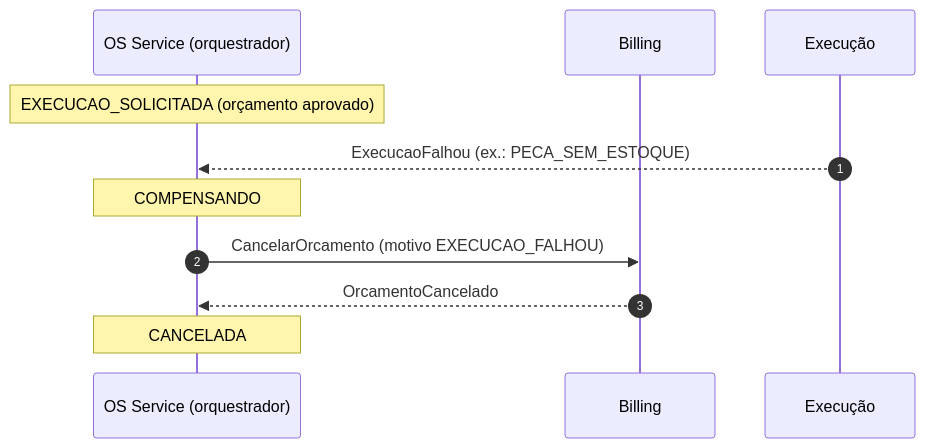
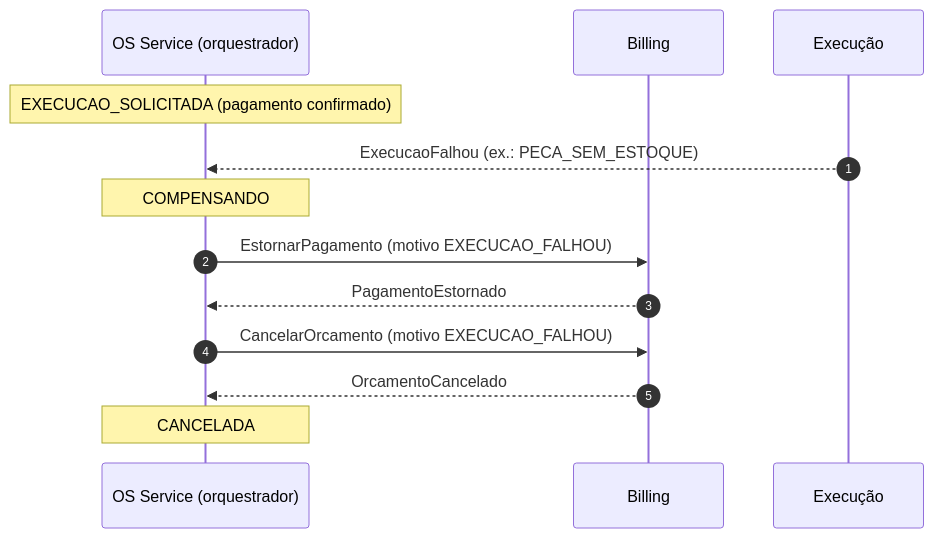
One commit to helyomendesdev/tech-challenge-oficina-saga changed the second of 5 diagrams in docs/fluxo-saga.md. Above: the diagram before and after it, drawn with Mermaid. The commit also changed other lines of this file and 26 other files, not shown here.

First line of the commit message:
Pagamento como passo proprio da Saga, antes da execucao

````diff
--- a/docs/fluxo-saga.md
+++ b/docs/fluxo-saga.md
@@ -35,14 +38,16 @@
 ```mermaid
 sequenceDiagram
     autonumber
     participant OS as OS Service (orquestrador)
     participant BIL as Billing
     participant EXE as Execução
 
-    Note over OS: EXECUCAO_SOLICITADA (orçamento aprovado)
+    Note over OS: EXECUCAO_SOLICITADA (pagamento confirmado)
     EXE-->>OS: ExecucaoFalhou (ex.: PECA_SEM_ESTOQUE)
     Note over OS: COMPENSANDO
+    OS->>BIL: EstornarPagamento (motivo EXECUCAO_FALHOU)
+    BIL-->>OS: PagamentoEstornado
     OS->>BIL: CancelarOrcamento (motivo EXECUCAO_FALHOU)
     BIL-->>OS: OrcamentoCancelado
     Note over OS: CANCELADA
 ```
````
